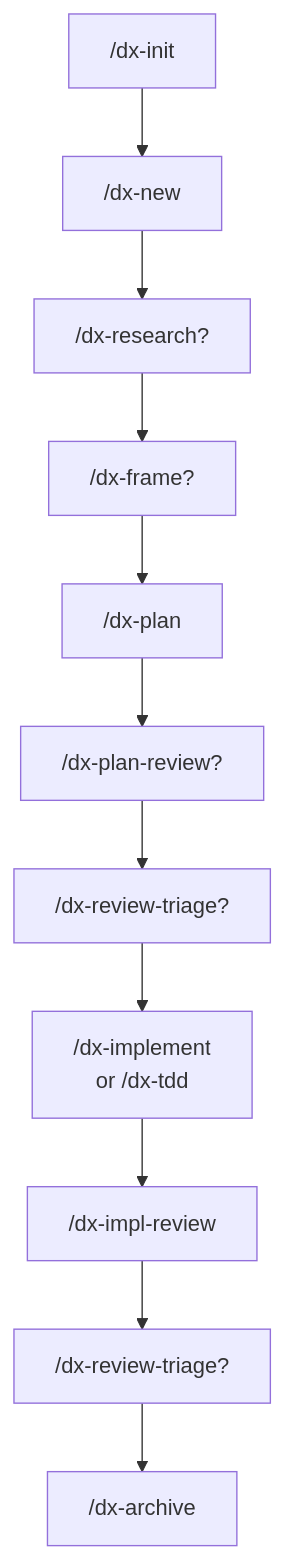
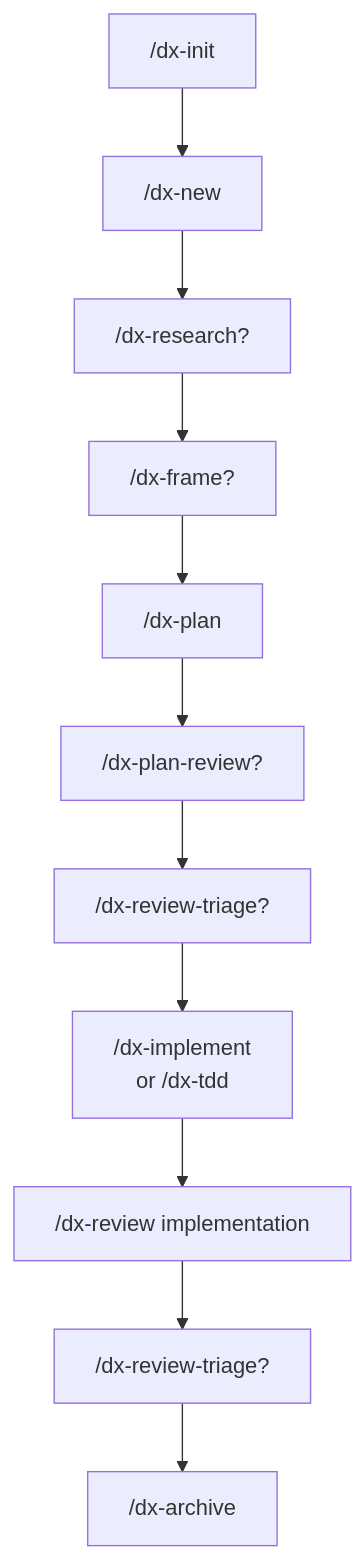
Before and after one commit to dikamilo/dx-workflow: the diagram in docs/explanation/workflow-overview.md, drawn with Mermaid. The commit also changed other lines of this file and 16 other files, not shown here.

````diff
--- a/docs/explanation/workflow-overview.md
+++ b/docs/explanation/workflow-overview.md
@@ -65,13 +65,13 @@
 ```mermaid
 flowchart TD
   init["/dx-init"] --> new["/dx-new"]
   new --> research["/dx-research?"]
   research --> frame["/dx-frame?"]
   frame --> plan["/dx-plan"]
   plan --> planreview["/dx-plan-review?"]
   planreview --> triage1["/dx-review-triage?"]
   triage1 --> impl["/dx-implement<br/>or /dx-tdd"]
-  impl --> implreview["/dx-impl-review"]
+  impl --> implreview["/dx-review implementation"]
   implreview --> triage2["/dx-review-triage?"]
   triage2 --> archive["/dx-archive"]
 ```
````
